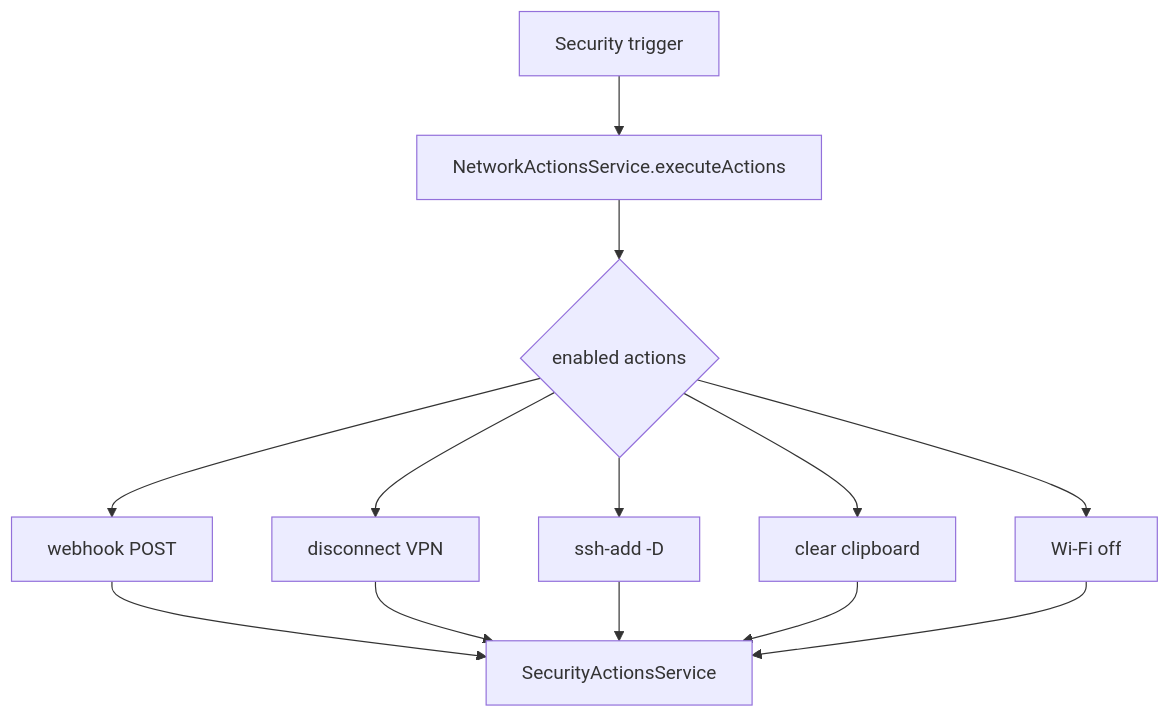
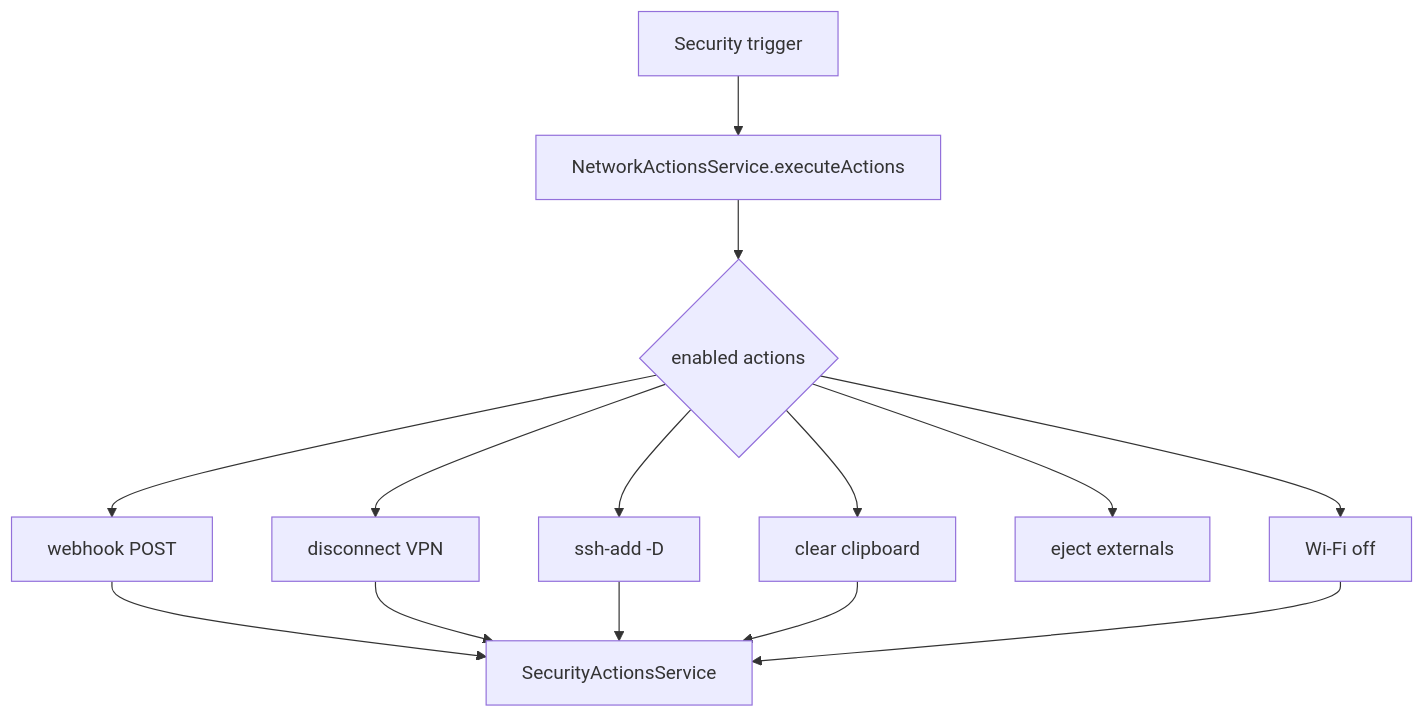
The fifth of 8 diagrams in docs/features/operating-modes.md (sutz2001/MagSafe-BusKill), drawn with Mermaid before and after one commit. The commit also changed other lines of this file and 55 other files, not shown here.

````diff
--- a/docs/features/operating-modes.md
+++ b/docs/features/operating-modes.md
@@ -261,15 +269,16 @@
 ```mermaid
 flowchart TD
     TR[Security trigger] --> NA[NetworkActionsService.executeActions]
     NA --> W{enabled actions}
     W --> WH[webhook POST]
     W --> VPN[disconnect VPN]
     W --> SSH[ssh-add -D]
     W --> CLIP[clear clipboard]
+    W --> EJECT[eject externals]
     W --> WIFI[Wi-Fi off]
     WH --> SA[SecurityActionsService]
     VPN --> SA
     SSH --> SA
     CLIP --> SA
     WIFI --> SA
 ```
````
